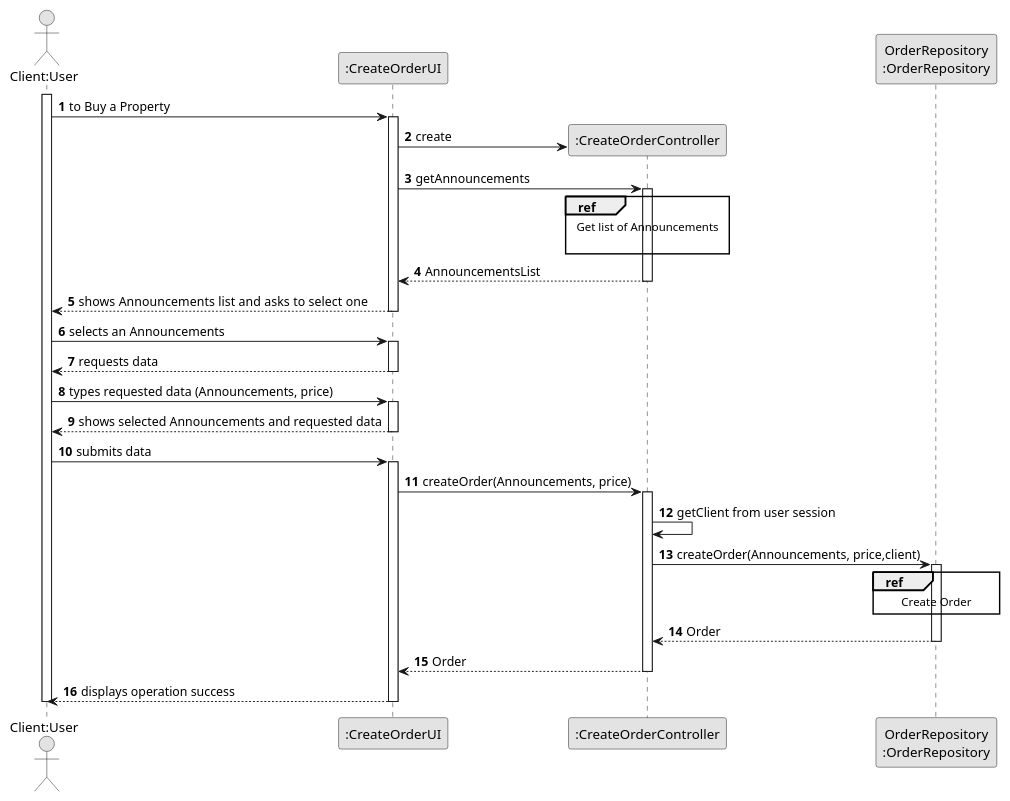
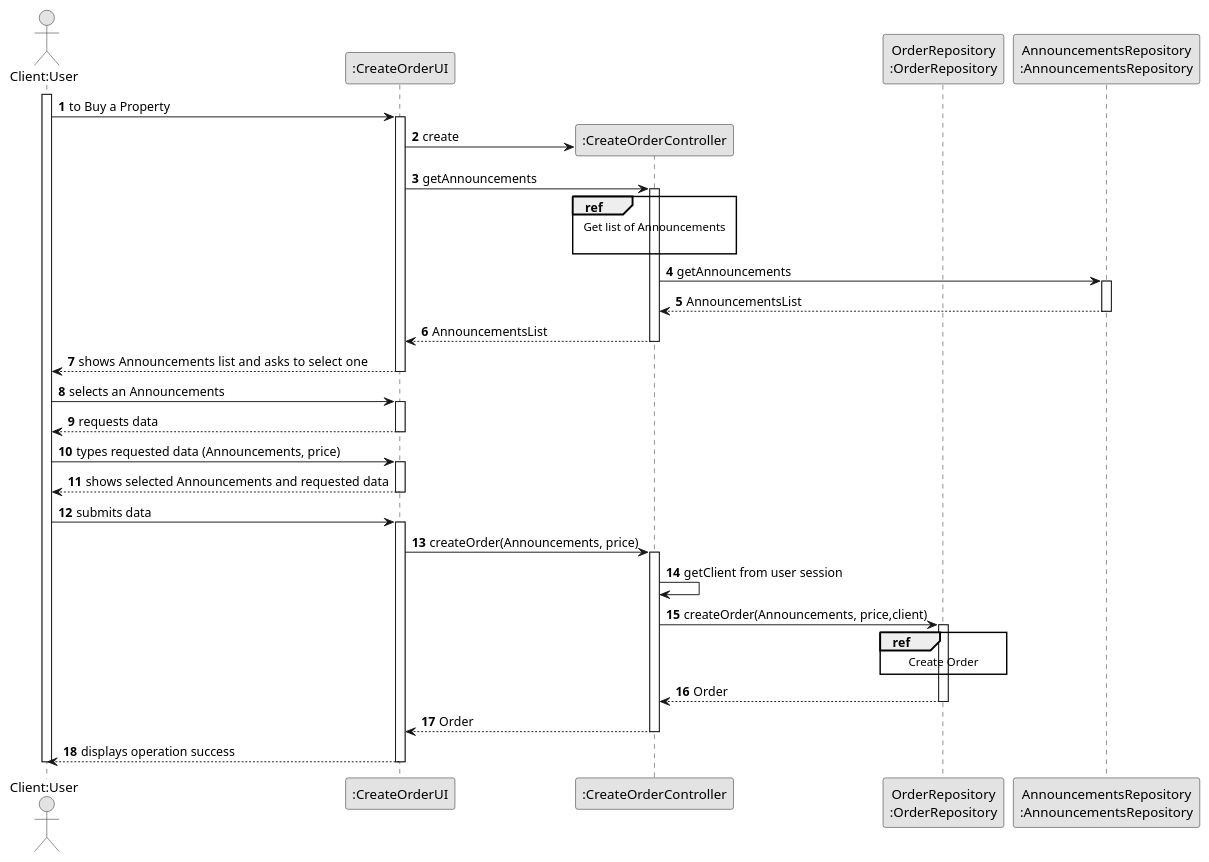
One commit to hugosilva2901/lei-22-s2-1DO-g68 changed the diagram in lei-22-s2-1do-g68/docs/SprintC/us010/03.design/puml/us003-sequence-diagram-full.puml. Above: the diagram before and after it, drawn with PlantUML. The commit also changed 7 other files, not shown here.

```diff
--- a/lei-22-s2-1do-g68/docs/SprintC/us010/03.design/puml/us003-sequence-diagram-full.puml
+++ b/lei-22-s2-1do-g68/docs/SprintC/us010/03.design/puml/us003-sequence-diagram-full.puml
@@ -1,66 +1,75 @@
 @startuml
 skinparam monochrome true
 skinparam packageStyle rectangle
 skinparam shadowing false
 
 autonumber
 
 'hide footbox
 actor "Client:User" as CL
 participant ":CreateOrderUI" as UI
 participant ":CreateOrderController" as CTRL
 participant "OrderRepository\n:OrderRepository" as ORD
+participant "AnnouncementsRepository\n:AnnouncementsRepository" as ANN
 
 activate CL
 
     CL -> UI :  to Buy a Property
 
     activate UI
 
         UI -> CTRL** : create
         UI -> CTRL : getAnnouncements
 
         ref over CTRL
             Get list of Announcements
 
         end ref
 
+
+
         activate CTRL
 
-            CTRL --> UI : AnnouncementsList
+            CTRL -> ANN : getAnnouncements
+            activate ANN
+
+            ANN --> CTRL : AnnouncementsList
+
+          deactivate ANN
+          CTRL --> UI : AnnouncementsList
         deactivate CTRL
 
         UI --> CL : shows  Announcements list and asks to select one
     deactivate UI
     CL -> UI : selects an Announcements
 
         activate UI
 
             UI --> CL : requests data
         deactivate UI
         CL -> UI : types requested data (Announcements, price)
         activate UI
 
         UI --> CL : shows selected Announcements and requested data
         deactivate UI
         CL -> UI : submits data
      activate UI
 
      UI -> CTRL : createOrder(Announcements, price)
     activate CTRL
     CTRL -> CTRL : getClient from user session
 
       CTRL -> ORD: createOrder(Announcements, price,client)
                  activate ORD
                      ref over ORD
                          Create Order
                      end
                      ORD --> CTRL : Order
                  deactivate ORD
             CTRL --> UI: Order
               deactivate CTRL
               UI --> CL: displays operation success
       deactivate UI
 deactivate CL
 
 @enduml
```
